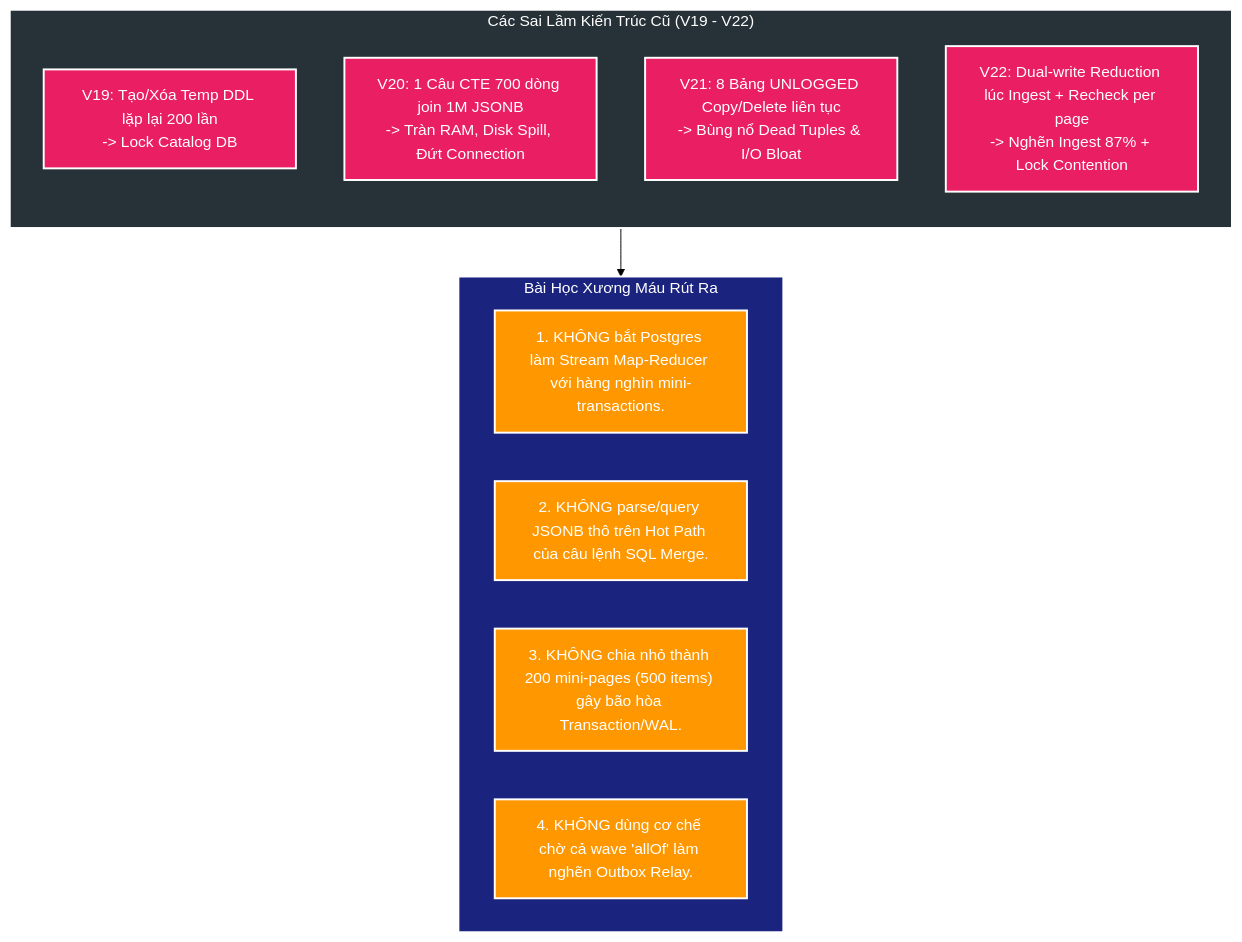
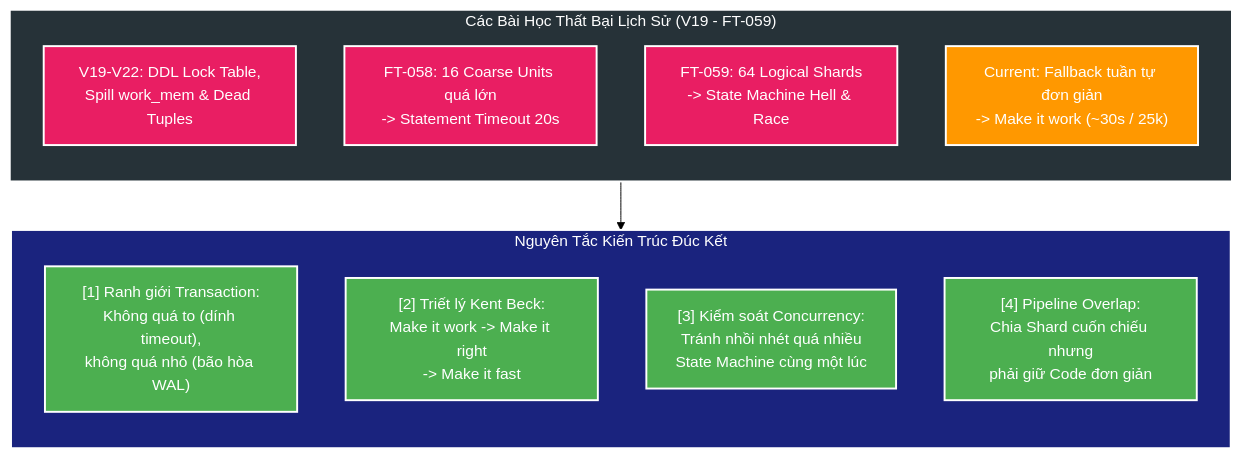
Before and after one commit to HungPhan200591/file-mngt-be-v2: the second of 3 diagrams in manual/learning/deep-dive/catalog-service/01-catalog-coalescing-and-reconciliation-deep-dive.md, drawn with Mermaid (forest theme). The commit also changed other lines of this file, not shown here.

Commit message:
feat: update catalog deep-dive documentation with lessons learned from FT-058 and FT-059 failures

````diff
--- a/manual/learning/deep-dive/catalog-service/01-catalog-coalescing-and-reconciliation-deep-dive.md
+++ b/manual/learning/deep-dive/catalog-service/01-catalog-coalescing-and-reconciliation-deep-dive.md
@@ -138,29 +141,30 @@
 ```mermaid
 flowchart TD
-    subgraph FAIL["Các Sai Lầm Kiến Trúc Cũ (V19 - V22)"]
+    subgraph FAIL["Các Bài Học Thất Bại Lịch Sử (V19 - FT-059)"]
         direction TB
-        F1["V19: Tạo/Xóa Temp DDL lặp lại 200 lần\n-> Lock Catalog DB"]
-        F2["V20: 1 Câu CTE 700 dòng join 1M JSONB\n-> Tràn RAM, Disk Spill, Đứt Connection"]
-        F3["V21: 8 Bảng UNLOGGED Copy/Delete liên tục\n-> Bùng nổ Dead Tuples & I/O Bloat"]
-        F4["V22: Dual-write Reduction lúc Ingest + Recheck per page\n-> Nghẽn Ingest 87% + Lock Contention"]
+        F1["V19-V22: DDL Lock Table,\nSpill work_mem & Dead Tuples"]
+        F2["FT-058: 16 Coarse Units quá lớn\n-> Statement Timeout 20s"]
+        F3["FT-059: 64 Logical Shards\n-> State Machine Hell & Race"]
+        F4["Current: Fallback tuần tự đơn giản\n-> Make it work (~30s / 25k)"]
     end
 
-    subgraph LESSON["Bài Học Xương Máu Rút Ra"]
-        L1["1. KHÔNG bắt Postgres làm Stream Map-Reducer với hàng nghìn mini-transactions."]
-        L2["2. KHÔNG parse/query JSONB thô trên Hot Path của câu lệnh SQL Merge."]
-        L3["3. KHÔNG chia nhỏ thành 200 mini-pages (500 items) gây bão hòa Transaction/WAL."]
-        L4["4. KHÔNG dùng cơ chế chờ cả wave 'allOf' làm nghẽn Outbox Relay."]
+    subgraph LESSON["Nguyên Tắc Kiến Trúc Đúc Kết"]
+        direction TB
+        L1["[1] Ranh giới Transaction:\nKhông quá to (dính timeout),\nkhông quá nhỏ (bão hòa WAL)"]
+        L2["[2] Triết lý Kent Beck:\nMake it work -> Make it right\n-> Make it fast"]
+        L3["[3] Kiểm soát Concurrency:\nTránh nhồi nhét quá nhiều\nState Machine cùng một lúc"]
+        L4["[4] Pipeline Overlap:\nChia Shard cuốn chiếu nhưng\nphải giữ Code đơn giản"]
     end
 
     FAIL --> LESSON
     style FAIL fill:#263238,stroke:#fff,stroke-width:2px,color:#fff
     style F1 fill:#E91E63,stroke:#fff,stroke-width:2px,color:#fff
     style F2 fill:#E91E63,stroke:#fff,stroke-width:2px,color:#fff
     style F3 fill:#E91E63,stroke:#fff,stroke-width:2px,color:#fff
-    style F4 fill:#E91E63,stroke:#fff,stroke-width:2px,color:#fff
+    style F4 fill:#FF9800,stroke:#fff,stroke-width:2px,color:#fff
     style LESSON fill:#1A237E,stroke:#fff,stroke-width:2px,color:#fff
-    style L1 fill:#FF9800,stroke:#fff,stroke-width:2px,color:#fff
-    style L2 fill:#FF9800,stroke:#fff,stroke-width:2px,color:#fff
-    style L3 fill:#FF9800,stroke:#fff,stroke-width:2px,color:#fff
-    style L4 fill:#FF9800,stroke:#fff,stroke-width:2px,color:#fff
+    style L1 fill:#4CAF50,stroke:#fff,stroke-width:2px,color:#fff
+    style L2 fill:#4CAF50,stroke:#fff,stroke-width:2px,color:#fff
+    style L3 fill:#4CAF50,stroke:#fff,stroke-width:2px,color:#fff
+    style L4 fill:#4CAF50,stroke:#fff,stroke-width:2px,color:#fff
 ```
````
